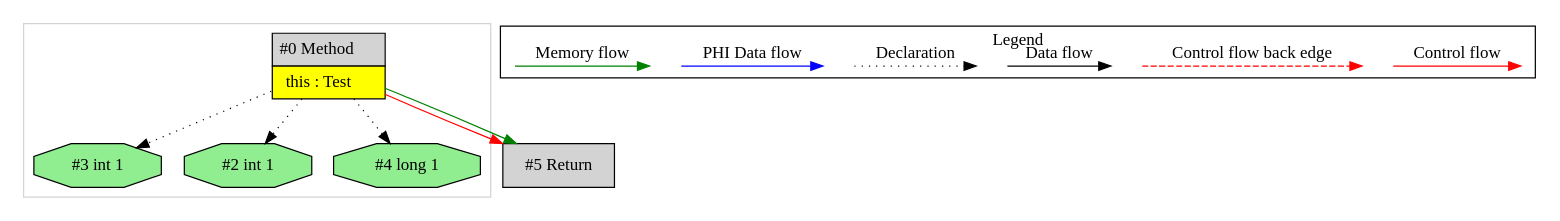
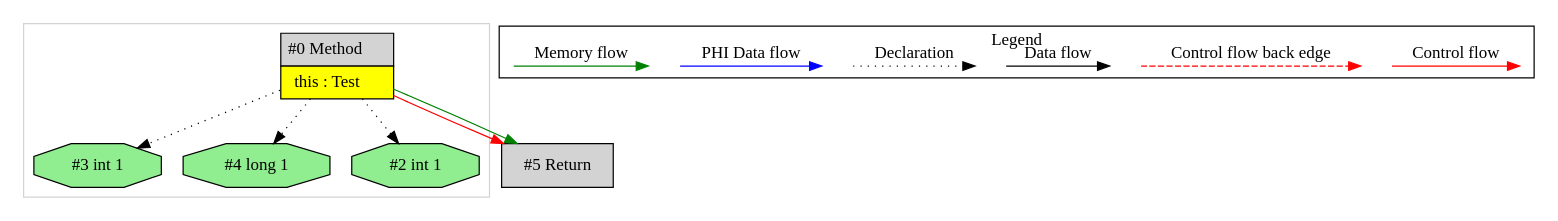
Before and after one commit to mirkosertic/MetaIR: the diagram in de.mirkosertic.metair.ir.OpcodeDUP2X2Test/test_DUP2X2_form2/ir.dot, drawn with Graphviz. The commit also changed other lines of this file and 710 other files, not shown here.

```diff
--- a/de.mirkosertic.metair.ir.OpcodeDUP2X2Test/test_DUP2X2_form2/ir.dot
+++ b/de.mirkosertic.metair.ir.OpcodeDUP2X2Test/test_DUP2X2_form2/ir.dot
@@ -1,46 +1,46 @@
 digraph {
  ordering="in";
  node0[margin="0", label=<<table border="0" cellborder="1" cellspacing="0" cellpadding="5"><tr><td colspan="1">#0 Method</td></tr><tr><td port="prj1" bgcolor="yellow">this : Test</td></tr></table>>,shape=none, fillcolor=lightgrey, style=filled];
- node3[label="#3 int 1",shape=octagon, fillcolor=lightgreen, style=filled];
- node0 -> node3[style=dotted];
- node2[label="#2 int 1",shape=octagon, fillcolor=lightgreen, style=filled];
- node0 -> node2[style=dotted];
  node5[label="#5 Return",shape=box, fillcolor=lightgrey, style=filled];
  node0 -> node5[labeldistance=2, color=red, fontcolor=red];
  node0 -> node5[labeldistance=2, color=green, constraint=false];
+ node3[label="#3 int 1",shape=octagon, fillcolor=lightgreen, style=filled];
+ node0 -> node3[style=dotted];
  node4[label="#4 long 1",shape=octagon, fillcolor=lightgreen, style=filled];
  node0 -> node4[style=dotted];
+ node2[label="#2 int 1",shape=octagon, fillcolor=lightgreen, style=filled];
+ node0 -> node2[style=dotted];
  subgraph cluster_0 {
   color=lightgray;
   node0;
   node2;
   node3;
   node4;
  }
  subgraph cluster_000 {
   label = "Legend";
   node [shape=point]
   {
    rank=same;
    c0 [style = invis];
    c1 [style = invis];
    c2 [style = invis];
    c3 [style = invis];
    d0 [style = invis];
    d1 [style = invis];
    d2 [style = invis];
    d3 [style = invis];
    d4 [style = invis];
    d5 [style = invis];
    d6 [style = invis];
    d7 [style = invis];
   }
   c0 -> c1 [label="Control flow", style=solid, color=red]
   c2 -> c3 [label="Control flow back edge", style=dashed, color=red]
   d0 -> d1 [label="Data flow"]
   d2 -> d3 [label="Declaration", style=dotted]
   d4 -> d5 [label="PHI Data flow", color=blue]
   d6 -> d7 [label="Memory flow", color=green]
  }
 
 }
```
